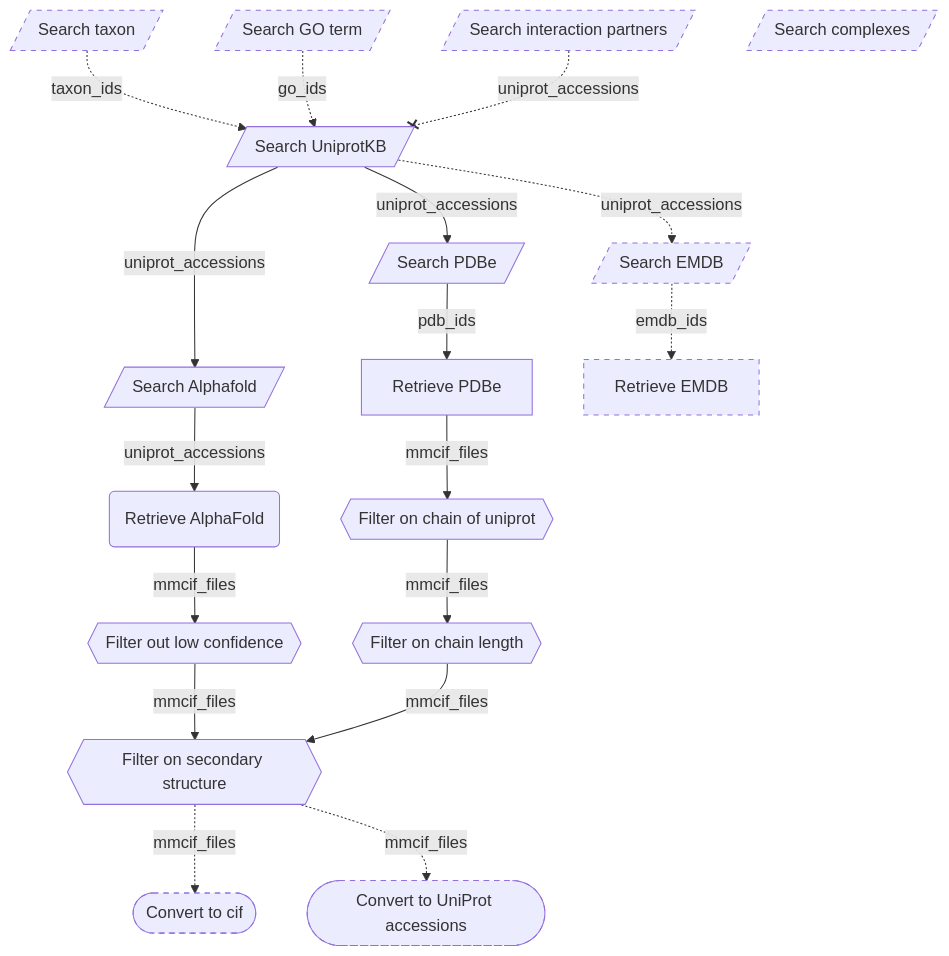
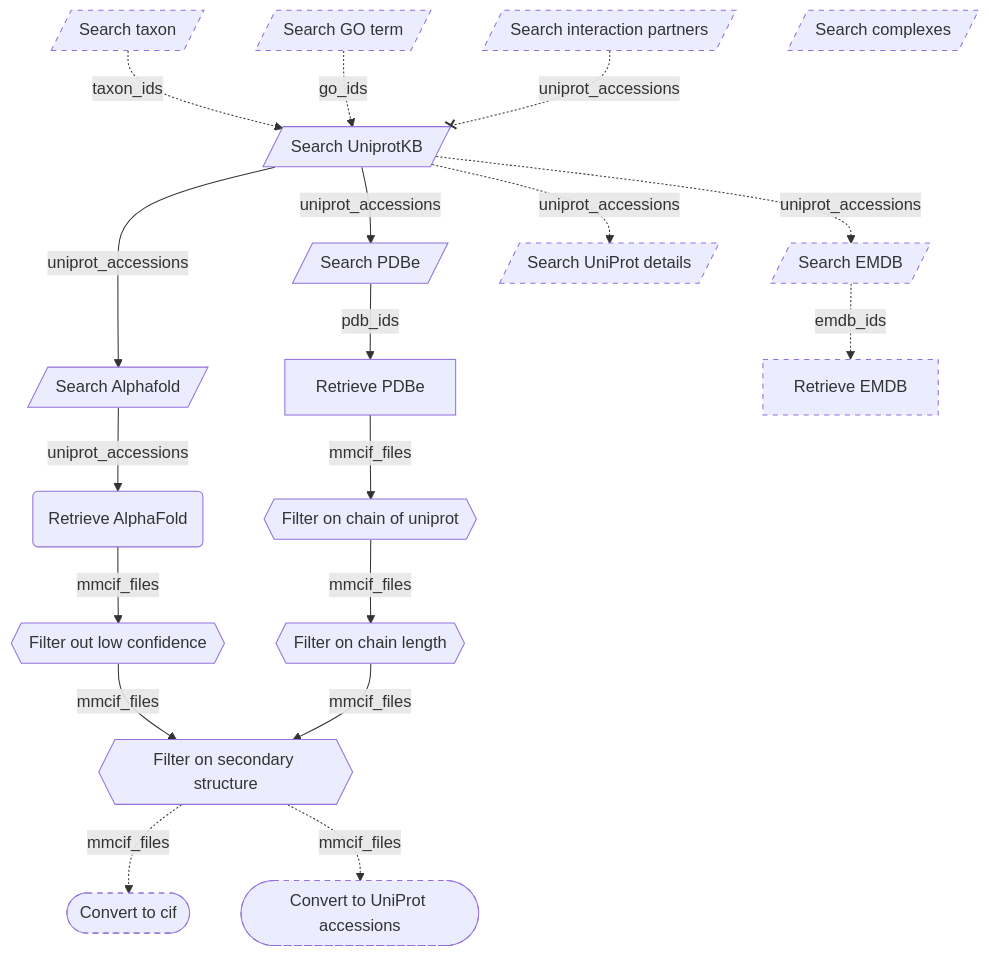
One commit to haddocking/protein-quest changed the diagram in README.md. Above: the diagram before and after it, drawn with Mermaid. The commit also changed other lines of this file and 1 other file, not shown here.

Commit message:
Added `search uniprot-details` sub command

````diff
--- a/README.md
+++ b/README.md
@@ -26,29 +26,31 @@
 ```mermaid
 graph TB;
     taxonomy[/Search taxon/] -. taxon_ids .-> searchuniprot[/Search UniprotKB/]
     goterm[/Search GO term/] -. go_ids .-> searchuniprot[/Search UniprotKB/]
     searchuniprot --> |uniprot_accessions|searchpdbe[/Search PDBe/]
     searchuniprot --> |uniprot_accessions|searchaf[/Search Alphafold/]
     searchuniprot -. uniprot_accessions .-> searchemdb[/Search EMDB/]
+    searchuniprot -. uniprot_accessions .-> searchuniprotdetails[/Search UniProt details/]
     searchintactionpartners[/Search interaction partners/] -.-x |uniprot_accessions|searchuniprot
     searchcomplexes[/Search complexes/]
     searchpdbe -->|pdb_ids|fetchpdbe[Retrieve PDBe]
     searchaf --> |uniprot_accessions|fetchad(Retrieve AlphaFold)
     searchemdb -. emdb_ids .->fetchemdb[Retrieve EMDB]
     fetchpdbe -->|mmcif_files| chainfilter{{Filter on chain of uniprot}}
     chainfilter --> |mmcif_files| residuefilter{{Filter on chain length}}
     fetchad -->|mmcif_files| confidencefilter{{Filter out low confidence}}
     confidencefilter --> |mmcif_files| ssfilter{{Filter on secondary structure}}
     residuefilter --> |mmcif_files| ssfilter
     ssfilter -. mmcif_files .-> convert2cif([Convert to cif])
     ssfilter -. mmcif_files .-> convert2uniprot_accessions([Convert to UniProt accessions])
     classDef dashedBorder stroke-dasharray: 5 5;
     goterm:::dashedBorder
     taxonomy:::dashedBorder
     searchemdb:::dashedBorder
     fetchemdb:::dashedBorder
     searchintactionpartners:::dashedBorder
     searchcomplexes:::dashedBorder
+    searchuniprotdetails:::dashedBorder
     convert2cif:::dashedBorder
     convert2uniprot_accessions:::dashedBorder
 ```
````
